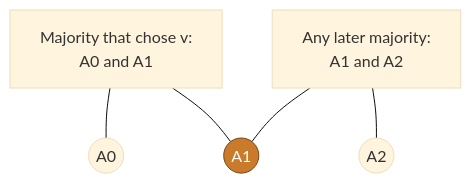
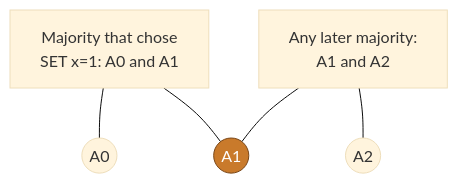
Before and after one commit to PierreZ/paros: the first of 2 diagrams in book/src/safety.md, drawn with Mermaid (base theme). The commit also changed other lines of this file and 5 other files, not shown here.

````diff
--- a/book/src/safety.md
+++ b/book/src/safety.md
@@ -36,13 +36,13 @@
 ```mermaid
 flowchart TD
-    M1["Majority that chose v:<br/>A0 and A1"]
+    M1["Majority that chose<br/>SET x=1: A0 and A1"]
     M2["Any later majority:<br/>A1 and A2"]
     A0((A0))
     A1((A1)):::shared
     A2((A2))
     M1 --- A0
     M1 --- A1
     M2 --- A1
     M2 --- A2
     classDef shared fill:#c97a2b,stroke:#7a4718,color:#fff
 ```
````
